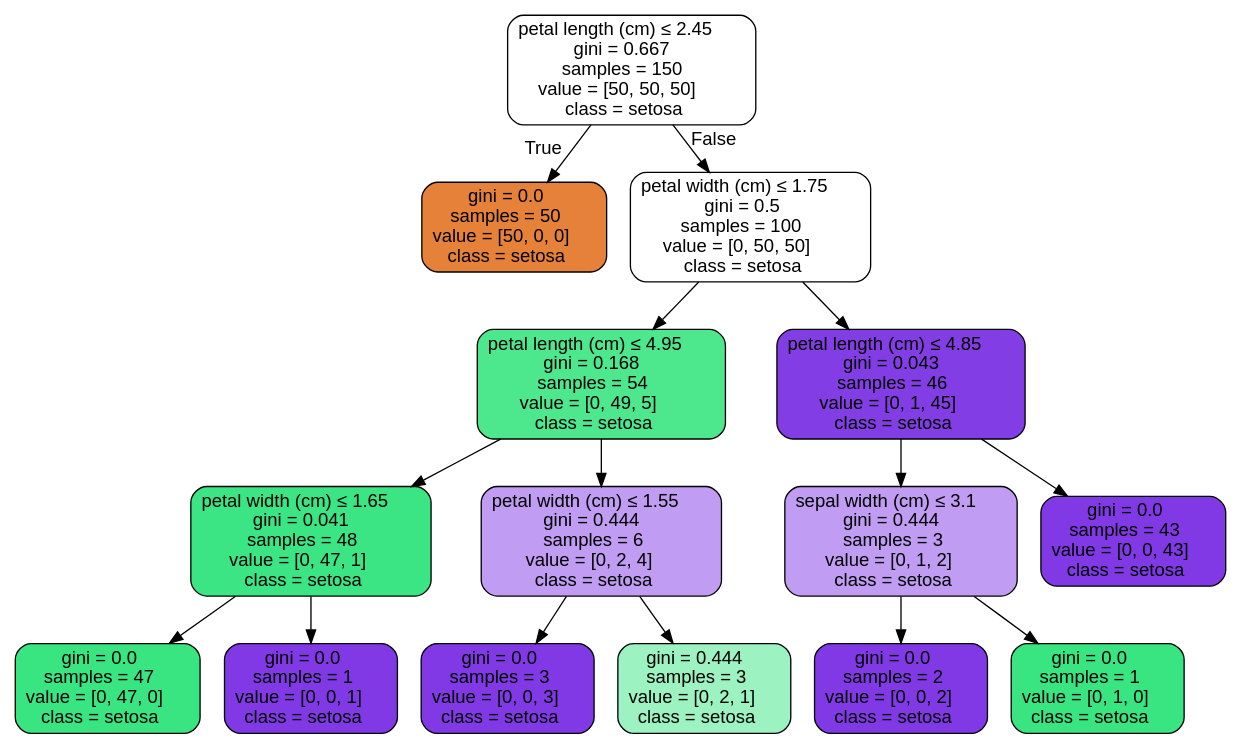
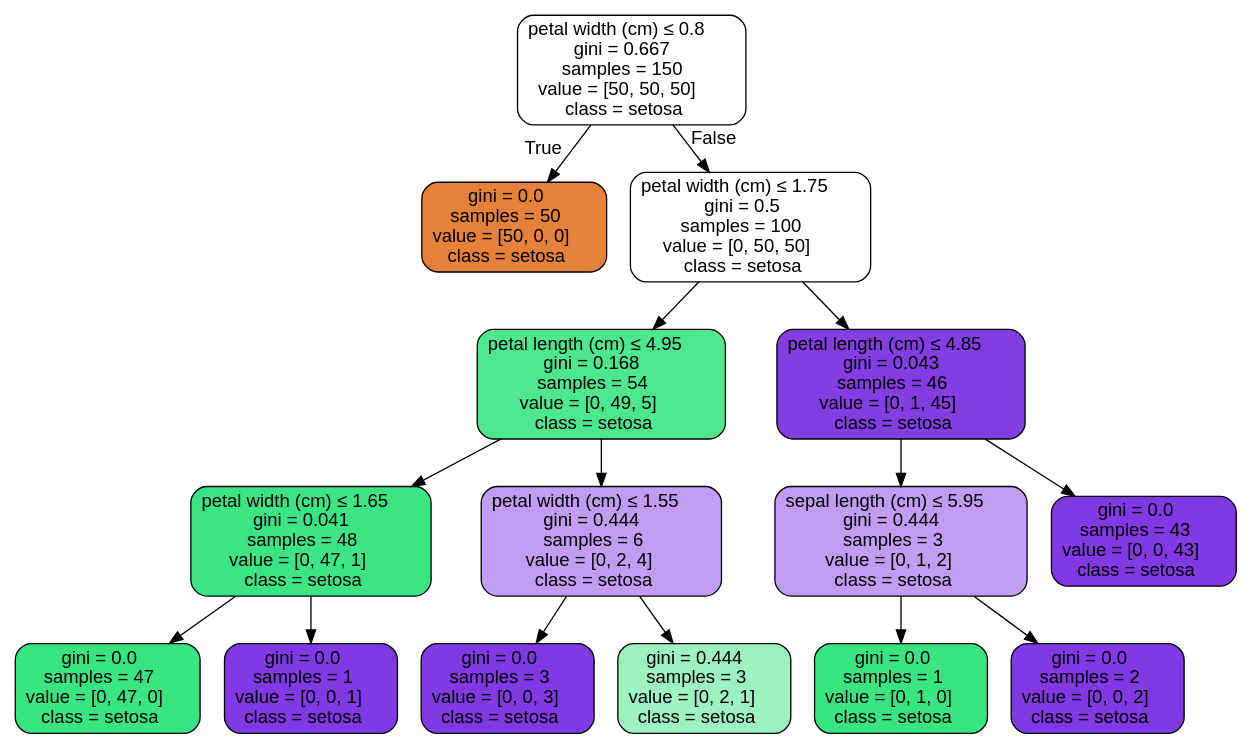
One commit to EddieKro/ML_univ changed the diagram in HW4 - Decision Trees for Classification/tree.dot. Above: the diagram before and after it, drawn with Graphviz. The commit also changed 2 other files, not shown here.

```diff
--- a/HW4 - Decision Trees for Classification/tree.dot
+++ b/HW4 - Decision Trees for Classification/tree.dot
@@ -1,33 +1,33 @@
 digraph Tree {
 node [shape=box, style="filled, rounded", color="black", fontname=helvetica] ;
 edge [fontname=helvetica] ;
-0 [label=<petal length (cm) &le; 2.45<br/>gini = 0.667<br/>samples = 150<br/>value = [50, 50, 50]<br/>class = setosa>, fillcolor="#e5813900"] ;
+0 [label=<petal width (cm) &le; 0.8<br/>gini = 0.667<br/>samples = 150<br/>value = [50, 50, 50]<br/>class = setosa>, fillcolor="#e5813900"] ;
 1 [label=<gini = 0.0<br/>samples = 50<br/>value = [50, 0, 0]<br/>class = setosa>, fillcolor="#e58139ff"] ;
 0 -> 1 [labeldistance=2.5, labelangle=45, headlabel="True"] ;
 2 [label=<petal width (cm) &le; 1.75<br/>gini = 0.5<br/>samples = 100<br/>value = [0, 50, 50]<br/>class = setosa>, fillcolor="#39e58100"] ;
 0 -> 2 [labeldistance=2.5, labelangle=-45, headlabel="False"] ;
 3 [label=<petal length (cm) &le; 4.95<br/>gini = 0.168<br/>samples = 54<br/>value = [0, 49, 5]<br/>class = setosa>, fillcolor="#39e581e5"] ;
 2 -> 3 ;
 4 [label=<petal width (cm) &le; 1.65<br/>gini = 0.041<br/>samples = 48<br/>value = [0, 47, 1]<br/>class = setosa>, fillcolor="#39e581fa"] ;
 3 -> 4 ;
 5 [label=<gini = 0.0<br/>samples = 47<br/>value = [0, 47, 0]<br/>class = setosa>, fillcolor="#39e581ff"] ;
 4 -> 5 ;
 6 [label=<gini = 0.0<br/>samples = 1<br/>value = [0, 0, 1]<br/>class = setosa>, fillcolor="#8139e5ff"] ;
 4 -> 6 ;
 7 [label=<petal width (cm) &le; 1.55<br/>gini = 0.444<br/>samples = 6<br/>value = [0, 2, 4]<br/>class = setosa>, fillcolor="#8139e57f"] ;
 3 -> 7 ;
 8 [label=<gini = 0.0<br/>samples = 3<br/>value = [0, 0, 3]<br/>class = setosa>, fillcolor="#8139e5ff"] ;
 7 -> 8 ;
 9 [label=<gini = 0.444<br/>samples = 3<br/>value = [0, 2, 1]<br/>class = setosa>, fillcolor="#39e5817f"] ;
 7 -> 9 ;
 10 [label=<petal length (cm) &le; 4.85<br/>gini = 0.043<br/>samples = 46<br/>value = [0, 1, 45]<br/>class = setosa>, fillcolor="#8139e5f9"] ;
 2 -> 10 ;
-11 [label=<sepal width (cm) &le; 3.1<br/>gini = 0.444<br/>samples = 3<br/>value = [0, 1, 2]<br/>class = setosa>, fillcolor="#8139e57f"] ;
+11 [label=<sepal length (cm) &le; 5.95<br/>gini = 0.444<br/>samples = 3<br/>value = [0, 1, 2]<br/>class = setosa>, fillcolor="#8139e57f"] ;
 10 -> 11 ;
-12 [label=<gini = 0.0<br/>samples = 2<br/>value = [0, 0, 2]<br/>class = setosa>, fillcolor="#8139e5ff"] ;
+12 [label=<gini = 0.0<br/>samples = 1<br/>value = [0, 1, 0]<br/>class = setosa>, fillcolor="#39e581ff"] ;
 11 -> 12 ;
-13 [label=<gini = 0.0<br/>samples = 1<br/>value = [0, 1, 0]<br/>class = setosa>, fillcolor="#39e581ff"] ;
+13 [label=<gini = 0.0<br/>samples = 2<br/>value = [0, 0, 2]<br/>class = setosa>, fillcolor="#8139e5ff"] ;
 11 -> 13 ;
 14 [label=<gini = 0.0<br/>samples = 43<br/>value = [0, 0, 43]<br/>class = setosa>, fillcolor="#8139e5ff"] ;
 10 -> 14 ;
 }
```
